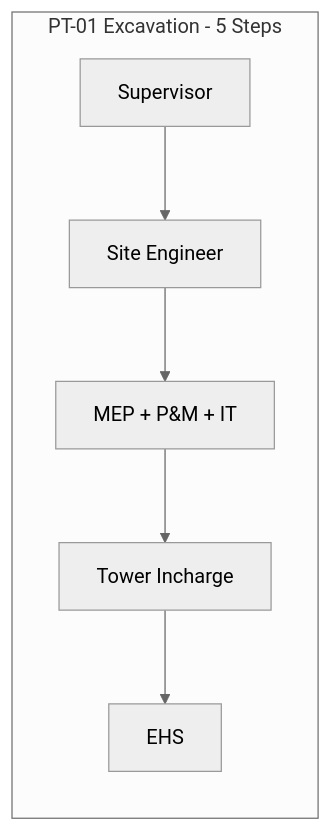
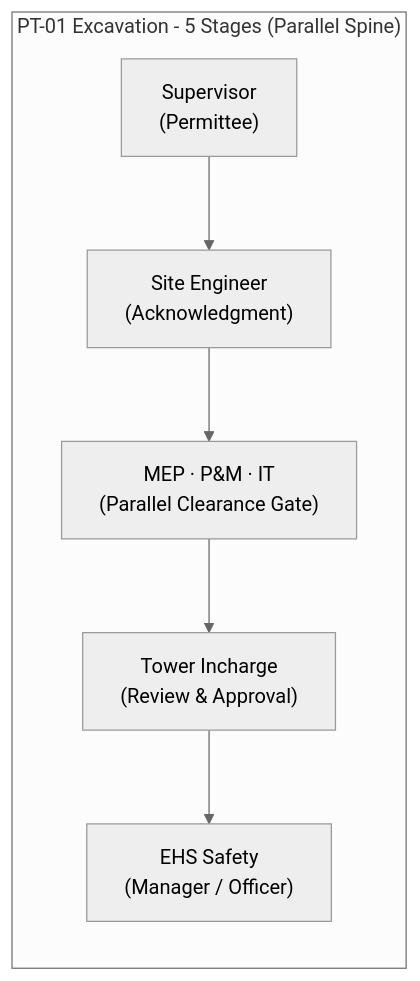
The fourth of 25 diagrams in README.md (AuroGroupAutomationBot/ARPL-EHS-Demo), drawn with Mermaid (neutral theme) before and after one commit. The commit also changed other lines of this file, not shown here.

````diff
--- a/README.md
+++ b/README.md
@@ -273,9 +301,9 @@
 ```mermaid
 graph LR
-    subgraph "PT-01 Excavation - 5 Steps"
-        E1["Supervisor"] --> E2["Site Engineer"]
-        E2 --> E3["MEP + P&M + IT"]
-        E3 --> E4["Tower Incharge"]
-        E4 --> E5["EHS"]
+    subgraph "PT-01 Excavation - 5 Stages (Parallel Spine)"
+        E1["Supervisor<br/>(Permittee)"] --> E2["Site Engineer<br/>(Acknowledgment)"]
+        E2 --> E3["MEP · P&M · IT<br/>(Parallel Clearance Gate)"]
+        E3 --> E4["Tower Incharge<br/>(Review & Approval)"]
+        E4 --> E5["EHS Safety<br/>(Manager / Officer)"]
     end
 ```
````
